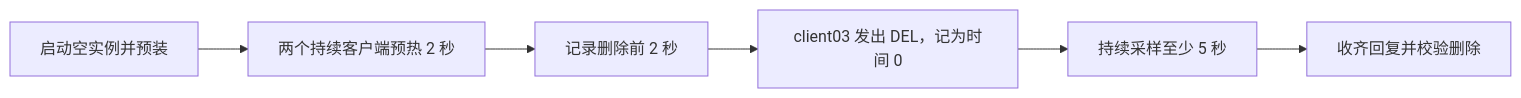
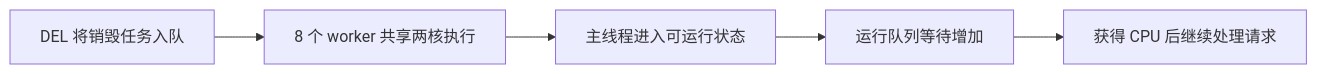
Before and after one commit to SCPZ24/Redlet: the second of 2 diagrams in benchmarks/2-async-destroy/notes.md, drawn with Mermaid. The commit also changed other lines of this file and 7 other files, not shown here.

````diff
--- a/benchmarks/2-async-destroy/notes.md
+++ b/benchmarks/2-async-destroy/notes.md
@@ -25,8 +156,7 @@
 ```mermaid
 flowchart LR
-    A[启动空实例并预装] --> B[两个持续客户端预热 2 秒]
-    B --> C[记录删除前 2 秒]
-    C --> D[client03 发出 DEL，记为时间 0]
-    D --> E[持续采样至少 5 秒]
-    E --> F[收齐回复并校验删除]
+    A[DEL 将销毁任务入队] --> B[8 个 worker 共享两核执行]
+    B --> C[主线程进入可运行状态]
+    C --> D[运行队列等待增加]
+    D --> E[获得 CPU 后继续处理请求]
 ```
````
